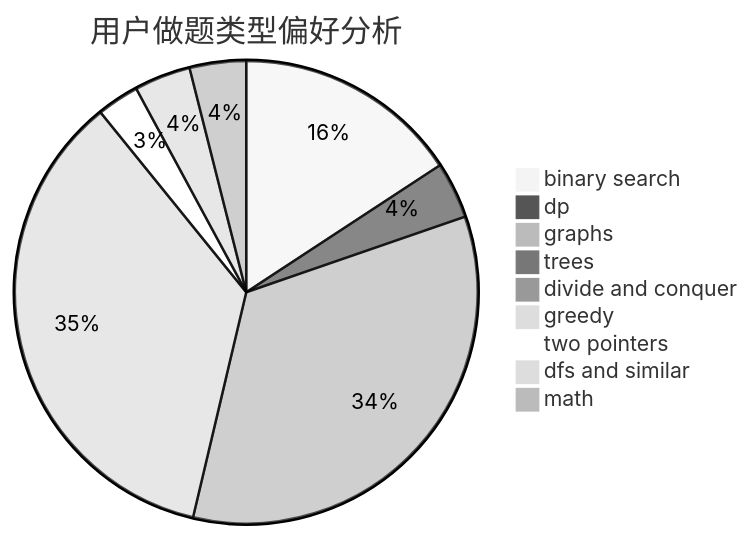
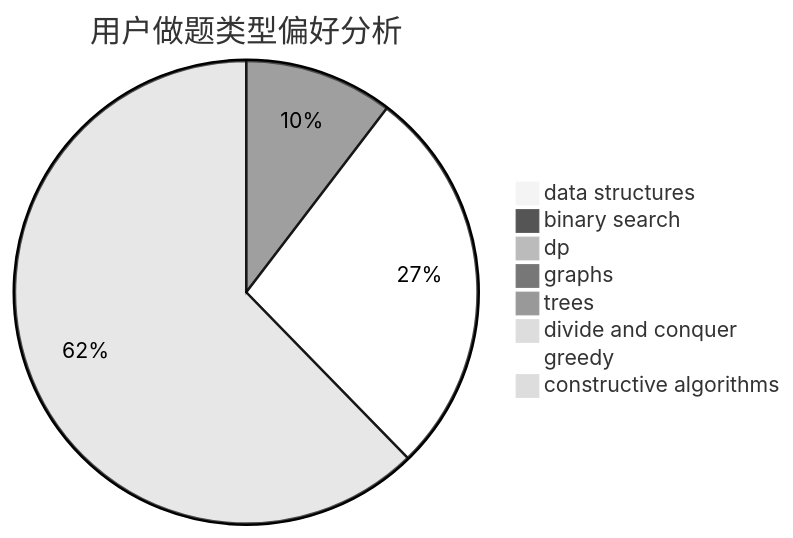
One commit to sherpahu/cfrs.github.io changed the second of 3 diagrams in docs/user/u2461.md. Above: the diagram before and after it, drawn with Mermaid (neutral theme). The commit also changed other lines of this file and 2775 other files, not shown here.

````diff
--- a/docs/user/u2461.md
+++ b/docs/user/u2461.md
@@ -23,12 +23,11 @@
 ```mermaid
 pie title 用户做题类型偏好分析
-    "binary search" :  32
-    "dp" :  8
-    "graphs" :  69
-    "trees" :  1
+    "data structures" :  0
+    "binary search" :  1
+    "dp" :  0
+    "graphs" :  19
+    "trees" :  0
     "divide and conquer" :  0
-    "greedy" :  72
-    "two pointers" :  6
-    "dfs and similar" :  8
-    "math" :  8
+    "greedy" :  50
+    "constructive algorithms" :  114
 ```
````
